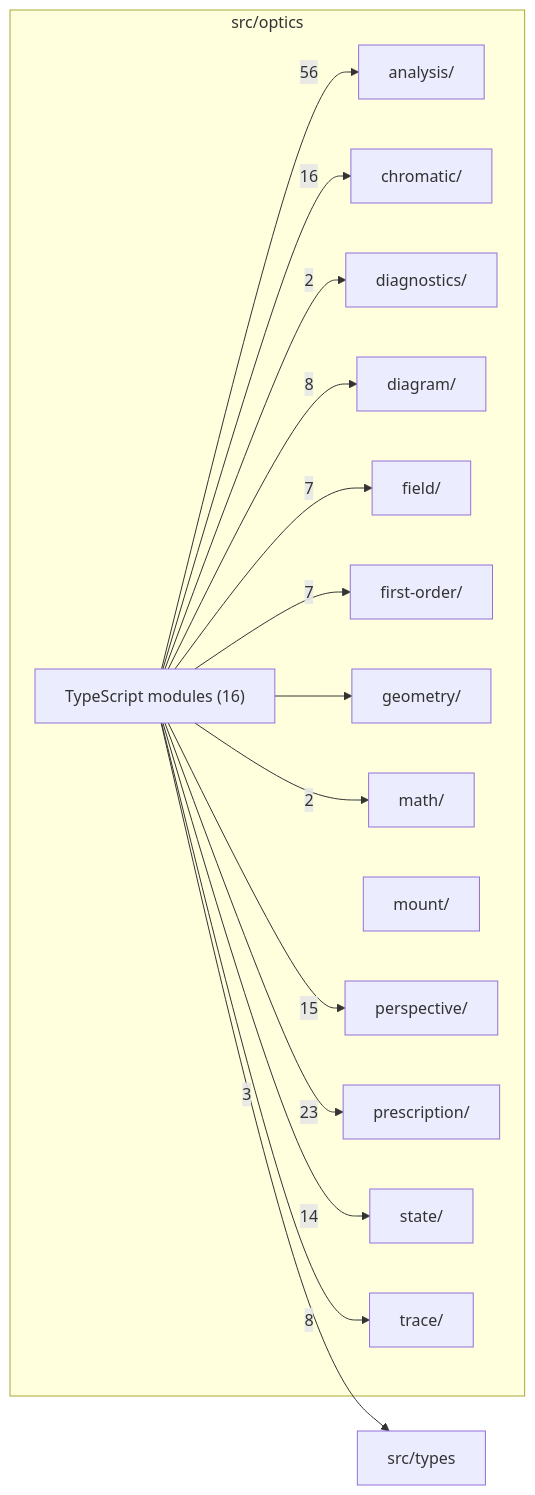
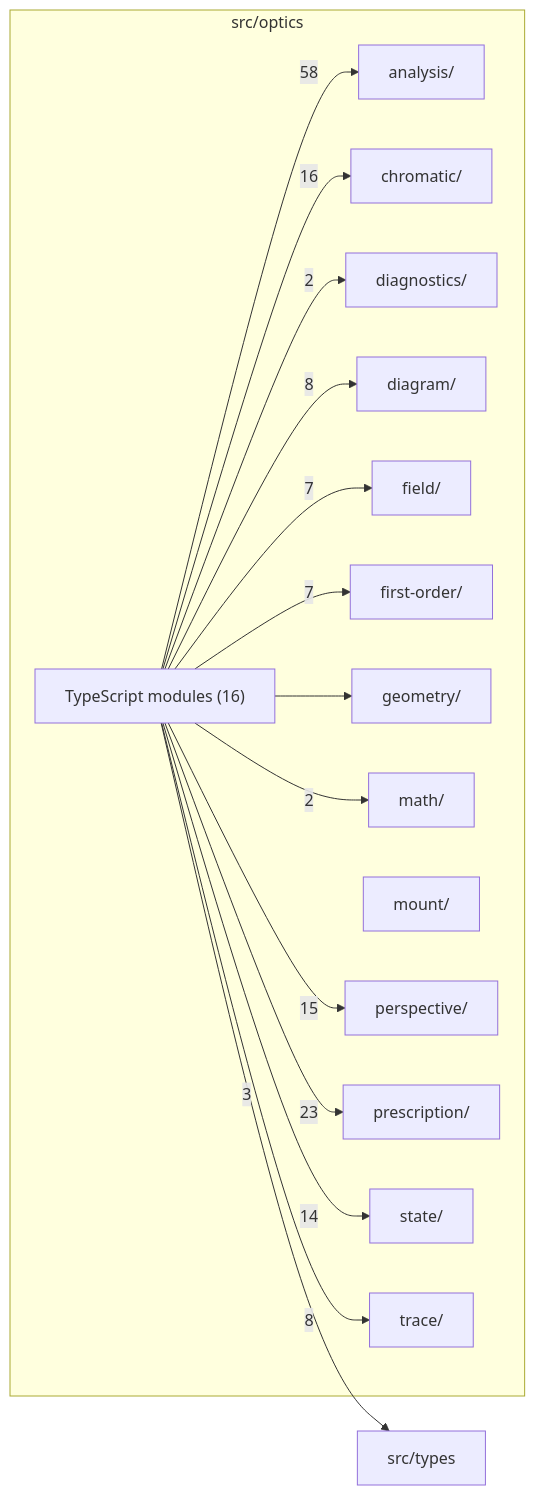
The diagram in src/optics/readme.md (ronbuening/LensVisualizer), drawn with Mermaid before and after one commit. The commit also changed other lines of this file and 37 other files, not shown here.

````diff
--- a/src/optics/readme.md
+++ b/src/optics/readme.md
@@ -9,33 +9,33 @@
 ```mermaid
 flowchart LR
   subgraph n_src_optics["src/optics"]
     n_src_optics_src_optics_analysis["analysis/"]
     n_src_optics_src_optics_chromatic["chromatic/"]
     n_src_optics_src_optics_diagnostics["diagnostics/"]
     n_src_optics_src_optics_diagram["diagram/"]
     n_src_optics_src_optics_field["field/"]
     n_src_optics_src_optics_first_order["first-order/"]
     n_src_optics_src_optics_geometry["geometry/"]
     n_src_optics_src_optics_math["math/"]
     n_src_optics_src_optics_mount["mount/"]
     n_src_optics_src_optics_perspective["perspective/"]
     n_src_optics_src_optics_prescription["prescription/"]
     n_src_optics_src_optics_state["state/"]
     n_src_optics_src_optics_trace["trace/"]
     n_src_optics_TypeScript_modules["TypeScript modules (16)"]
   end
   n_external_src_types["src/types"]
-  n_src_optics_TypeScript_modules --> |56| n_src_optics_src_optics_analysis
+  n_src_optics_TypeScript_modules --> |58| n_src_optics_src_optics_analysis
   n_src_optics_TypeScript_modules --> |23| n_src_optics_src_optics_prescription
   n_src_optics_TypeScript_modules --> |16| n_src_optics_src_optics_chromatic
   n_src_optics_TypeScript_modules --> |15| n_src_optics_src_optics_perspective
   n_src_optics_TypeScript_modules --> |14| n_src_optics_src_optics_state
   n_src_optics_TypeScript_modules --> |8| n_src_optics_src_optics_diagram
   n_src_optics_TypeScript_modules --> |8| n_src_optics_src_optics_trace
   n_src_optics_TypeScript_modules --> |7| n_src_optics_src_optics_field
   n_src_optics_TypeScript_modules --> |7| n_src_optics_src_optics_first_order
   n_src_optics_TypeScript_modules --> |3| n_external_src_types
   n_src_optics_TypeScript_modules --> |2| n_src_optics_src_optics_diagnostics
   n_src_optics_TypeScript_modules --> |2| n_src_optics_src_optics_math
   n_src_optics_TypeScript_modules --> n_src_optics_src_optics_geometry
 ```
````
